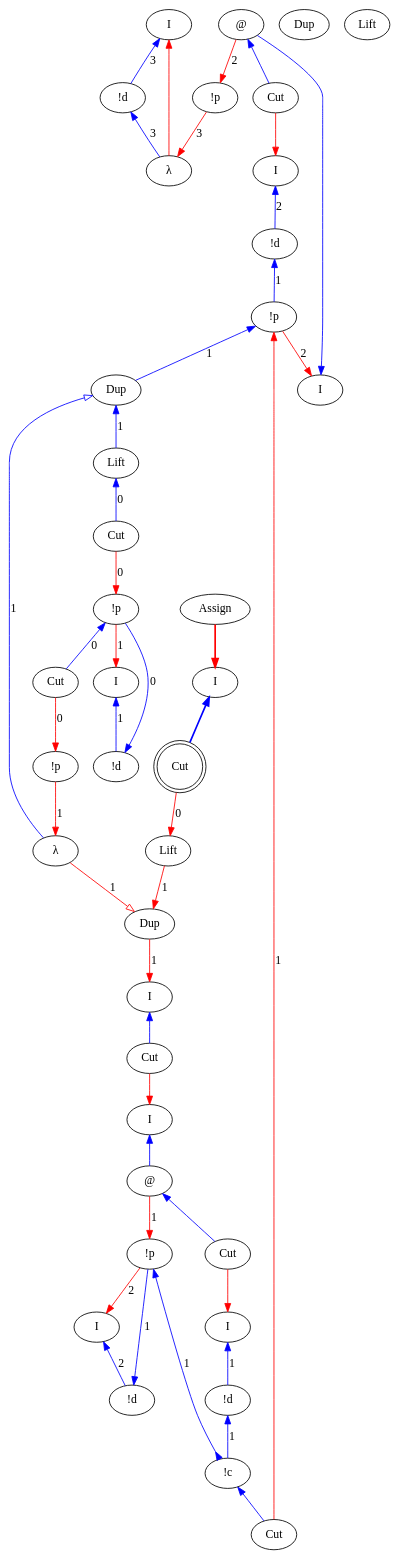
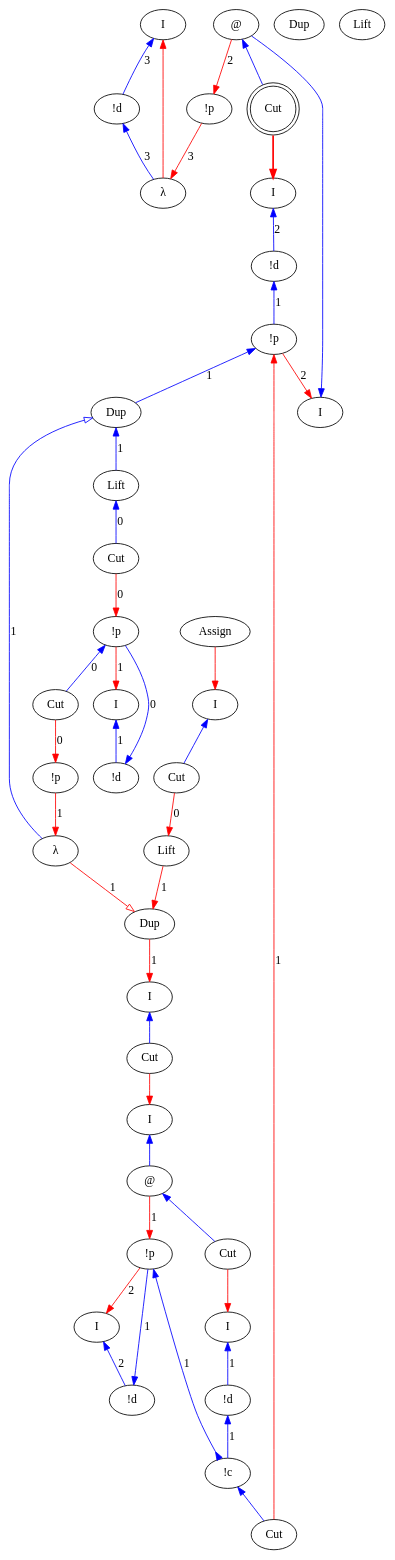
One commit to Mathnerd314/stroscot changed the diagram in src/core/graphs/example_m_11_l.dot. Above: the diagram before and after it, drawn with Graphviz. The commit also changed 37 other files, not shown here.

```diff
--- a/src/core/graphs/example_m_11_l.dot
+++ b/src/core/graphs/example_m_11_l.dot
@@ -1,83 +1,83 @@
 digraph {
 rankdir="TB"
 "I0" [label="I"]
 "!d1" [label="!d"]
 "λ2" [label="λ"]
 "!p3" [label="!p"]
 "I4" [label="I"]
 "@5" [label="@"]
 "I6" [label="I"]
 "!d7" [label="!d"]
-"Cut8" [label="Cut"]
+"Cut8" [label="Cut",shape=doublecircle]
 "!p9" [label="!p"]
 "I10" [label="I"]
 "I11" [label="I"]
 "!d12" [label="!d"]
 "!p13" [label="!p"]
 "I14" [label="I"]
 "@15" [label="@"]
 "I16" [label="I"]
 "!d17" [label="!d"]
 "Cut18" [label="Cut"]
 "!c19" [label="!c"]
 "I20" [label="I"]
 "!d21" [label="!d"]
 "!p22" [label="!p"]
 "I23" [label="I"]
 "Assign24" [label="Assign"]
 "Cut25" [label="Cut"]
 "Cut26" [label="Cut"]
 "!p27" [label="!p"]
 "Cut28" [label="Cut"]
 "λ29" [label="λ"]
 "Dup30" [label="Dup"]
 "Dup31" [label="Dup"]
 "Dup32" [label="Dup"]
 "Lift33" [label="Lift"]
 "Lift34" [label="Lift"]
 "Lift35" [label="Lift"]
 "Cut36" [label="Cut"]
-"Cut37" [label="Cut",shape=doublecircle]
+"Cut37" [label="Cut"]
 "Dup31" -> "Lift34"[color=blue,weight=1,tooltip="h101",label="1",arrowtail=normal,arrowhead=none,dir=both]
 "Dup31" -> "λ29"[color=blue,weight=1,tooltip="h105",label="1",arrowtail=onormal,arrowhead=none,dir=both]
 "Lift34" -> "Cut36"[color=blue,weight=1,tooltip="h109",label="0",arrowtail=normal,arrowhead=none,dir=both]
 "!p9" -> "Dup31"[color=blue,weight=1,tooltip="h34",label="1",arrowtail=normal,arrowhead=none,dir=both]
 "!d7" -> "!p9"[color=blue,weight=1,tooltip="hf65",label="1",arrowtail=normal,arrowhead=none,dir=both]
 "I6" -> "!d7"[color=blue,weight=1,tooltip="hret73",label="2",arrowtail=normal,arrowhead=none,dir=both]
 "!d1" -> "λ2"[color=blue,weight=1,tooltip="i81",label="3",arrowtail=normal,arrowhead=none,dir=both]
 "I0" -> "!d1"[color=blue,weight=1,tooltip="iret84",label="3",arrowtail=normal,arrowhead=none,dir=both]
-"I23" -> "Cut37"[color=blue,weight=1,tooltip="lret19",arrowtail=normal,arrowhead=none,penwidth=2,dir=both]
+"I23" -> "Cut37"[color=blue,weight=1,tooltip="lret19",arrowtail=normal,arrowhead=none,dir=both]
 "I14" -> "@15"[color=blue,weight=1,tooltip="lret53",arrowtail=normal,arrowhead=none,dir=both]
 "I10" -> "Cut26"[color=blue,weight=1,tooltip="lret62",arrowtail=normal,arrowhead=none,dir=both]
 "I4" -> "@5"[color=blue,weight=1,tooltip="lret75",arrowtail=normal,arrowhead=none,dir=both]
 "@15" -> "Cut18"[color=blue,weight=1,tooltip="lval48",arrowtail=normal,arrowhead=none,dir=both]
 "@5" -> "Cut8"[color=blue,weight=1,tooltip="lval70",arrowtail=normal,arrowhead=none,dir=both]
 "Cut36" -> "!p22"[color=red,weight=2,tooltip="newrret18",label="0",arrowhead=normal,arrowtail=none,dir=both]
 "@15" -> "!p13"[color=red,weight=2,tooltip="newrret52",label="1",arrowhead=normal,arrowtail=none,dir=both]
 "Cut25" -> "!p9"[color=red,weight=2,tooltip="newrret61",label="1",arrowhead=normal,arrowtail=none,dir=both]
 "@5" -> "!p3"[color=red,weight=2,tooltip="newrret74",label="2",arrowhead=normal,arrowtail=none,dir=both]
 "Cut28" -> "!p27"[color=red,weight=2,tooltip="newrret94",label="0",arrowhead=normal,arrowtail=none,dir=both]
 "!p22" -> "I20"[color=red,weight=2,tooltip="newrretf23",label="1",arrowhead=normal,arrowtail=none,dir=both]
 "!p13" -> "I11"[color=red,weight=2,tooltip="newrretf57",label="2",arrowhead=normal,arrowtail=none,dir=both]
 "!p9" -> "I4"[color=red,weight=2,tooltip="newrretf66",label="2",arrowhead=normal,arrowtail=none,dir=both]
 "!p3" -> "λ2"[color=red,weight=2,tooltip="newrretf78",label="3",arrowhead=normal,arrowtail=none,dir=both]
 "!p27" -> "λ29"[color=red,weight=2,tooltip="newrretf92",label="1",arrowhead=normal,arrowtail=none,dir=both]
 "Lift35" -> "Dup32"[color=red,weight=2,tooltip="ret102",label="1",arrowhead=normal,arrowtail=none,dir=both]
 "λ29" -> "Dup32"[color=red,weight=2,tooltip="ret106",label="1",arrowhead=onormal,arrowtail=none,dir=both]
 "Cut37" -> "Lift35"[color=red,weight=2,tooltip="ret110",label="0",arrowhead=normal,arrowtail=none,dir=both]
 "Dup32" -> "I10"[color=red,weight=2,tooltip="ret35",label="1",arrowhead=normal,arrowtail=none,dir=both]
 "Cut26" -> "I14"[color=red,weight=2,tooltip="ret42",arrowhead=normal,arrowtail=none,dir=both]
-"Assign24" -> "I23"[color=red,weight=2,tooltip="ret8",arrowhead=normal,arrowtail=none,penwidth=2,dir=both]
+"Assign24" -> "I23"[color=red,weight=2,tooltip="ret8",arrowhead=normal,arrowtail=none,dir=both]
 "λ2" -> "I0"[color=red,weight=2,tooltip="ret82",arrowhead=normal,arrowtail=none,dir=both]
 "Cut18" -> "I16"[color=red,weight=2,tooltip="rval49",arrowhead=normal,arrowtail=none,dir=both]
-"Cut8" -> "I6"[color=red,weight=2,tooltip="rval71",arrowhead=normal,arrowtail=none,dir=both]
+"Cut8" -> "I6"[color=red,weight=2,tooltip="rval71",arrowhead=normal,arrowtail=none,penwidth=2,dir=both]
 "!p22" -> "Cut28"[color=blue,weight=1,tooltip="xB10",label="0",arrowtail=normal,arrowhead=none,dir=both]
 "!d21" -> "!p22"[color=blue,weight=1,tooltip="xBf22",label="0",arrowtail=normal,arrowhead=none,dir=both]
 "I20" -> "!d21"[color=blue,weight=1,tooltip="xret26",label="1",arrowtail=normal,arrowhead=none,dir=both]
 "!c19" -> "Cut25"[color=blue,weight=1,tooltip="y41",arrowtail=normal,arrowhead=none,dir=both]
 "!d17" -> "!c19"[color=blue,weight=1,tooltip="yA43",label="1",arrowtail=normal,arrowhead=none,dir=both]
 "!p13" -> "!c19"[color=blue,weight=1,tooltip="yB44",label="1",arrowtail=normal,arrowhead=inv,dir=both]
 "!d12" -> "!p13"[color=blue,weight=1,tooltip="yBf56",label="1",arrowtail=normal,arrowhead=none,dir=both]
 "I16" -> "!d17"[color=blue,weight=1,tooltip="yret51",label="1",arrowtail=normal,arrowhead=none,dir=both]
 "I11" -> "!d12"[color=blue,weight=1,tooltip="yret60",label="2",arrowtail=normal,arrowhead=none,dir=both]
 }
```
